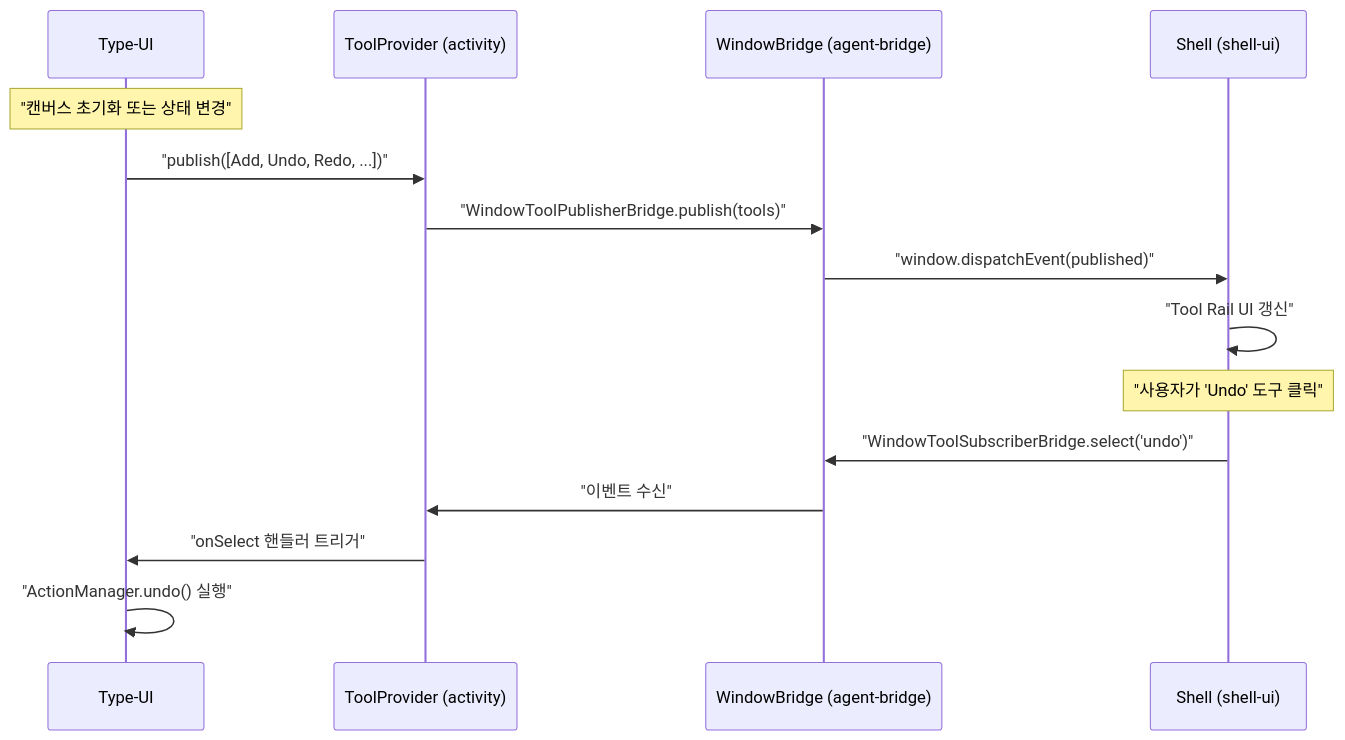
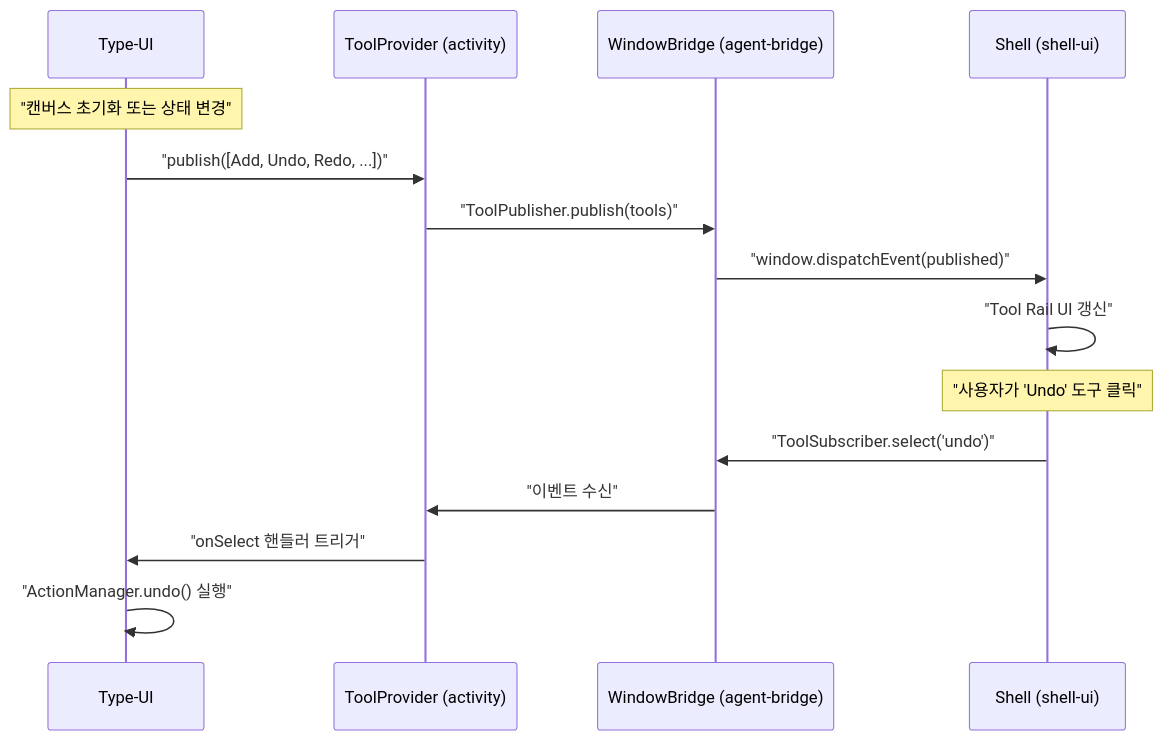
One commit to sayaya1090/handbook changed the second of 15 diagrams in type-ui/USECASE.md. Above: the diagram before and after it, drawn with Mermaid. The commit also changed other lines of this file and 166 other files, not shown here.

````diff
--- a/type-ui/USECASE.md
+++ b/type-ui/USECASE.md
@@ -23,19 +23,19 @@
 ```mermaid
 sequenceDiagram
     participant C as Type-UI
     participant TP as ToolProvider (activity)
     participant B as WindowBridge (agent-bridge)
     participant S as Shell (shell-ui)
 
     Note over C: "캔버스 초기화 또는 상태 변경"
     C->>TP: "publish([Add, Undo, Redo, ...])"
-    TP->>B: "WindowToolPublisherBridge.publish(tools)"
+    TP->>B: "ToolPublisher.publish(tools)"
     B->>S: "window.dispatchEvent(published)"
     S->>S: "Tool Rail UI 갱신"
 
     Note over S: "사용자가 'Undo' 도구 클릭"
-    S->>B: "WindowToolSubscriberBridge.select('undo')"
+    S->>B: "ToolSubscriber.select('undo')"
     B->>TP: "이벤트 수신"
     TP->>C: "onSelect 핸들러 트리거"
     C->>C: "ActionManager.undo() 실행"
 ```
````
